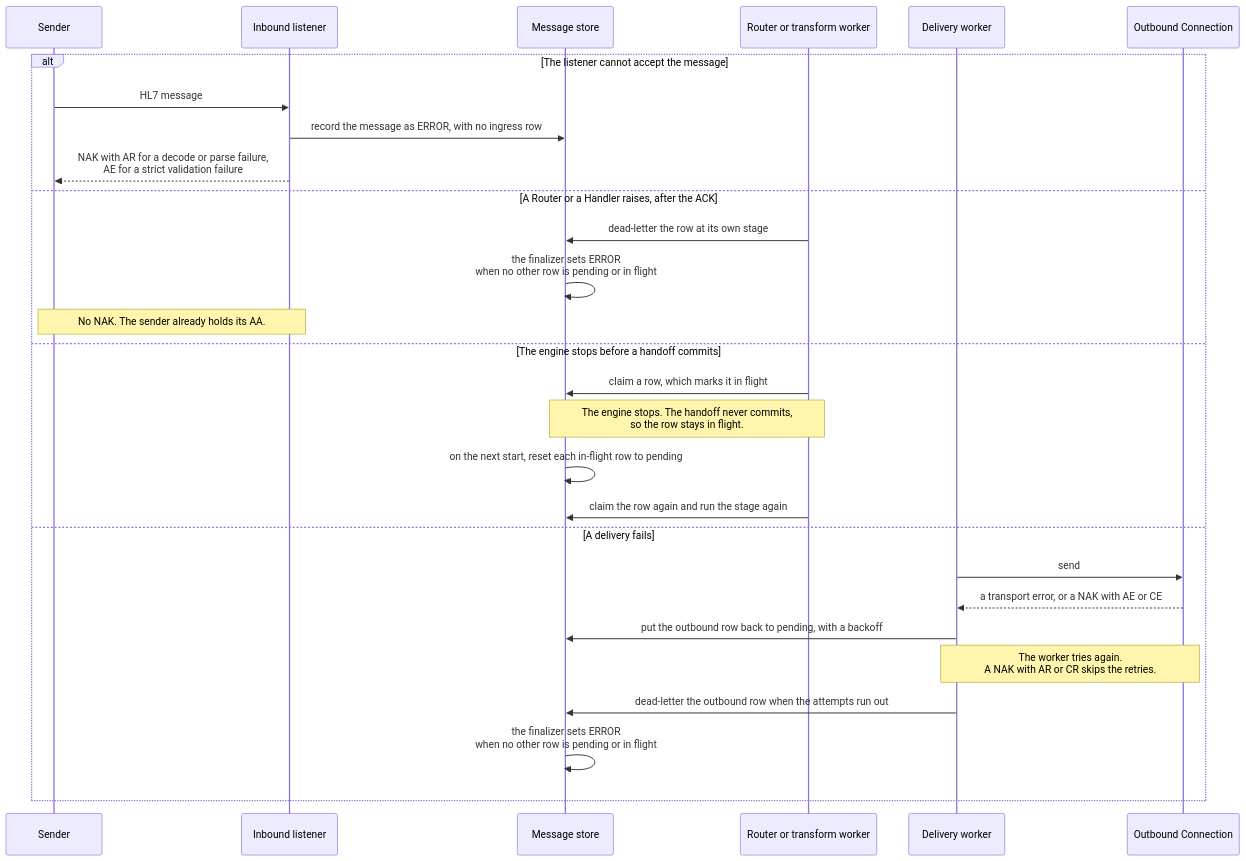
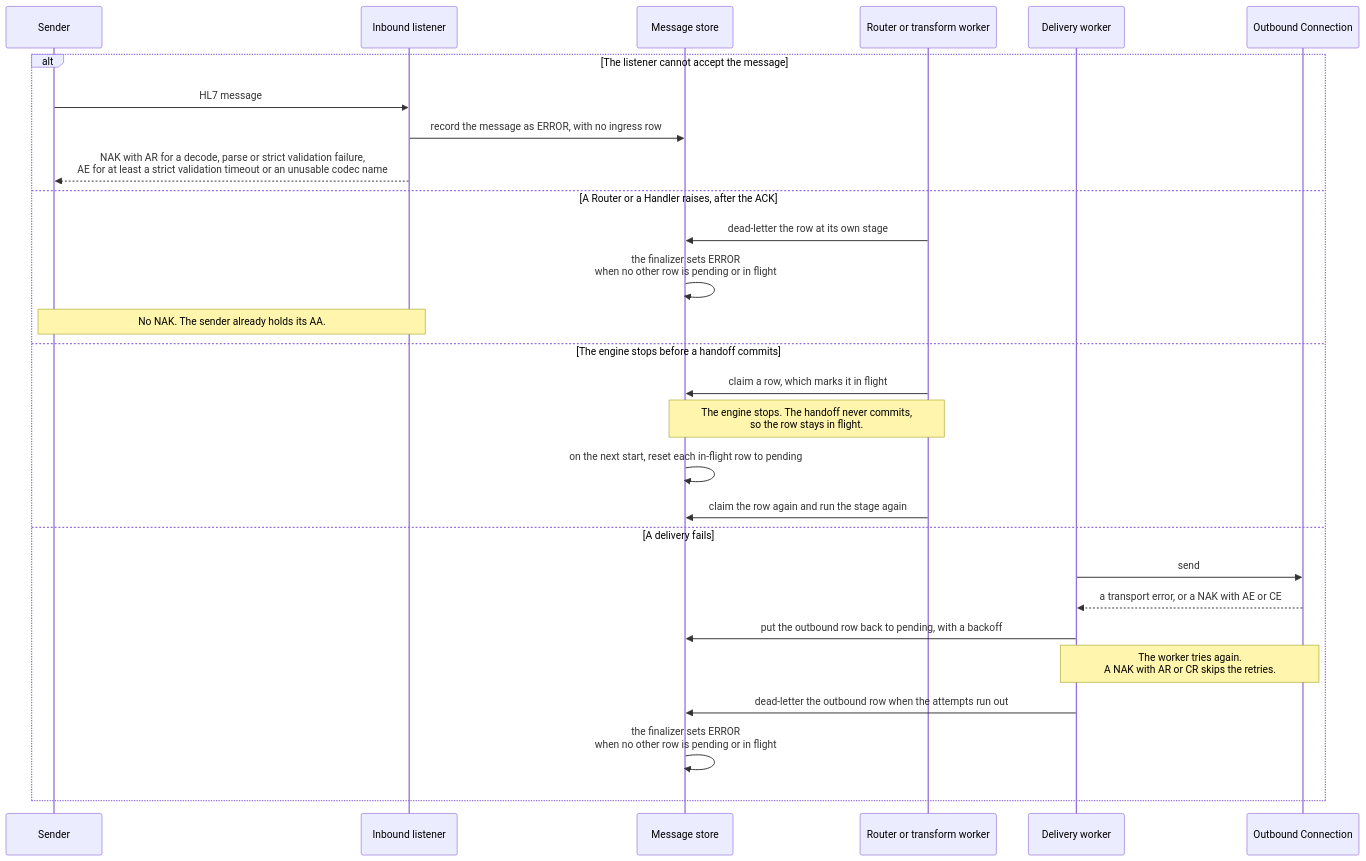
One commit to MEFORORG/MessageFoundry changed the sixth of 7 diagrams in docs/architecture-diagram.md. Above: the diagram before and after it, drawn with Mermaid. The commit also changed 11 other files, not shown here.

First line of the commit message:
Strict validation: MLLP failure answers AR, a timeout that never began is temporary

````diff
--- a/docs/architecture-diagram.md
+++ b/docs/architecture-diagram.md
@@ -397,31 +397,31 @@
 ```mermaid
 sequenceDiagram
   participant SND as Sender
   participant LSN as Inbound listener
   participant MST as Message store
   participant WRK as Router or transform worker
   participant DLW as Delivery worker
   participant OBC as Outbound Connection
 
   alt The listener cannot accept the message
     SND->>LSN: HL7 message
     LSN->>MST: record the message as ERROR, with no ingress row
-    LSN-->>SND: NAK with AR for a decode or parse failure,<br/>AE for a strict validation failure
+    LSN-->>SND: NAK with AR for a decode, parse or strict validation failure,<br/>AE for at least a strict validation timeout or an unusable codec name
   else A Router or a Handler raises, after the ACK
     WRK->>MST: dead-letter the row at its own stage
     MST->>MST: the finalizer sets ERROR<br/>when no other row is pending or in flight
     Note over SND,LSN: No NAK. The sender already holds its AA.
   else The engine stops before a handoff commits
     WRK->>MST: claim a row, which marks it in flight
     Note over MST,WRK: The engine stops. The handoff never commits,<br/>so the row stays in flight.
     MST->>MST: on the next start, reset each in-flight row to pending
     WRK->>MST: claim the row again and run the stage again
   else A delivery fails
     DLW->>OBC: send
     OBC-->>DLW: a transport error, or a NAK with AE or CE
     DLW->>MST: put the outbound row back to pending, with a backoff
     Note over DLW,OBC: The worker tries again.<br/>A NAK with AR or CR skips the retries.
     DLW->>MST: dead-letter the outbound row when the attempts run out
     MST->>MST: the finalizer sets ERROR<br/>when no other row is pending or in flight
   end
 ```
````
